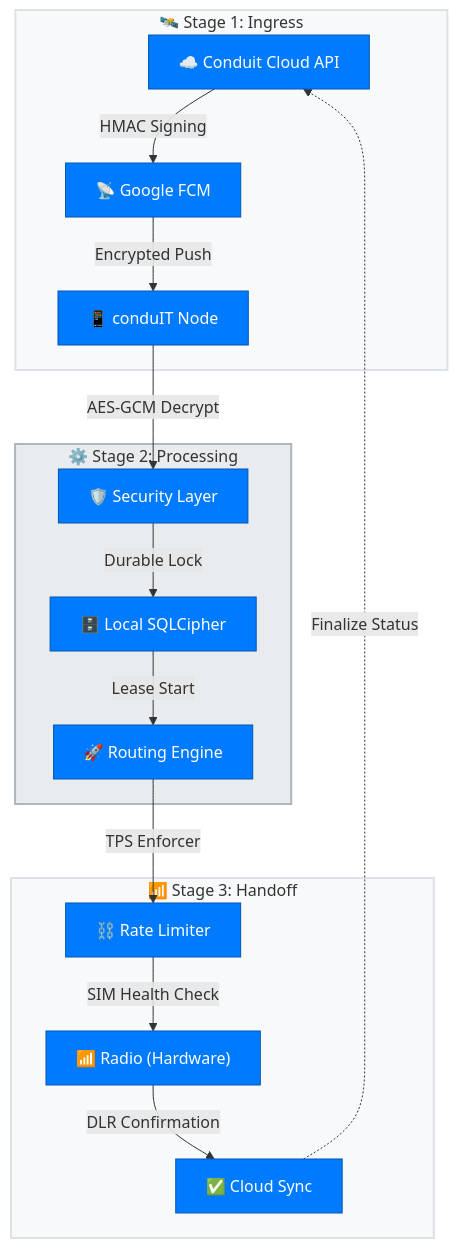
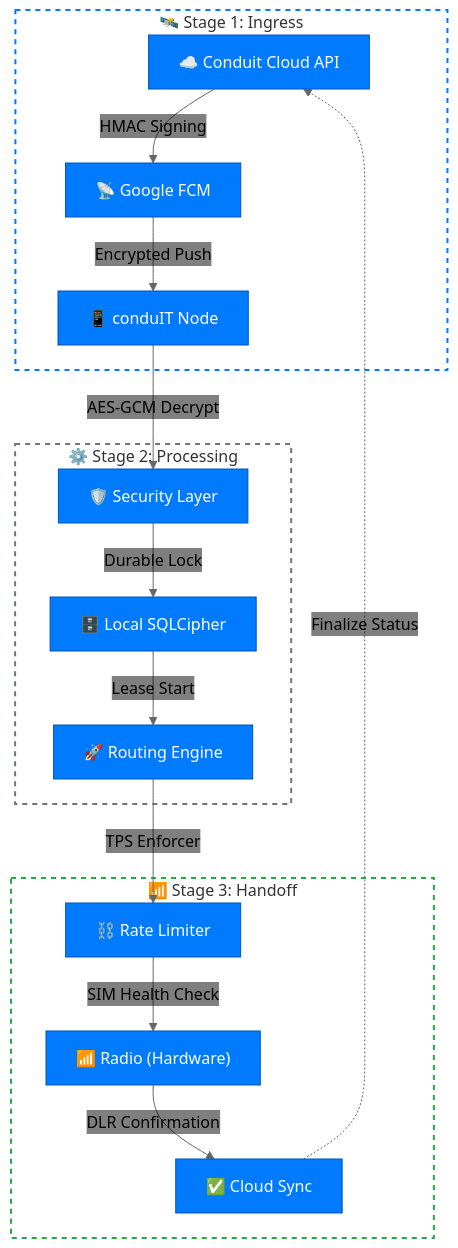
Before and after one commit to Conduit-Ke/conduit-releases: the diagram in README.md, drawn with Mermaid.

Commit message:
docs: improve diagram aesthetics and theme compatibility

````diff
--- a/README.md
+++ b/README.md
@@ -22,32 +22,33 @@
 ```mermaid
+%%{init: {'theme': 'neutral', 'themeVariables': { 'primaryColor': '#007bff', 'edgeLabelBackground':'transparent' }}}%%
 graph TD
     subgraph ST1 ["🛰️ Stage 1: Ingress"]
         REQ["☁️ Conduit Cloud API"] -- "HMAC Signing" --> FCM["📡 Google FCM"]
         FCM -- "Encrypted Push" --> APP["📱 conduIT Node"]
     end
 
     subgraph ST2 ["⚙️ Stage 2: Processing"]
         APP -- "AES-GCM Decrypt" --> SEC["🛡️ Security Layer"]
         SEC -- "Durable Lock" --> DB["🗄️ Local SQLCipher"]
         DB -- "Lease Start" --> RNG["🚀 Routing Engine"]
     end
 
     subgraph ST3 ["📶 Stage 3: Handoff"]
         RNG -- "TPS Enforcer" --> LIM["⛓️ Rate Limiter"]
         LIM -- "SIM Health Check" --> RAD["📶 Radio (Hardware)"]
         RAD -- "DLR Confirmation" --> SYNC["✅ Cloud Sync"]
         SYNC -. "Finalize Status" .-> REQ
     end
 
-    %% Node Interactions
-    style ST1 fill:#f8f9fa,stroke:#dee2e6,stroke-width:2px
-    style ST2 fill:#e9ecef,stroke:#adb5bd,stroke-width:2px
-    style ST3 fill:#f8f9fa,stroke:#dee2e6,stroke-width:2px
+    %% Professional Styling
+    style ST1 fill:none,stroke:#007bff,stroke-width:2px,stroke-dasharray: 5 5
+    style ST2 fill:none,stroke:#6c757d,stroke-width:2px,stroke-dasharray: 5 5
+    style ST3 fill:none,stroke:#28a745,stroke-width:2px,stroke-dasharray: 5 5
 
-    classDef active fill:#007bff,color:#fff,stroke:#0056b3
+    classDef active fill:#007bff,color:#fff,stroke:#0056b3,stroke-width:1px
     class REQ,FCM,APP,SEC,DB,RNG,LIM,RAD,SYNC active
 
     %% Clickable References
     click REQ "https://github.com/Conduit-Ke/conduit" "Technical Documentation"
     click APP "https://github.com/Conduit-Ke/conduit-releases" "Release Artifacts"
 ```
````
